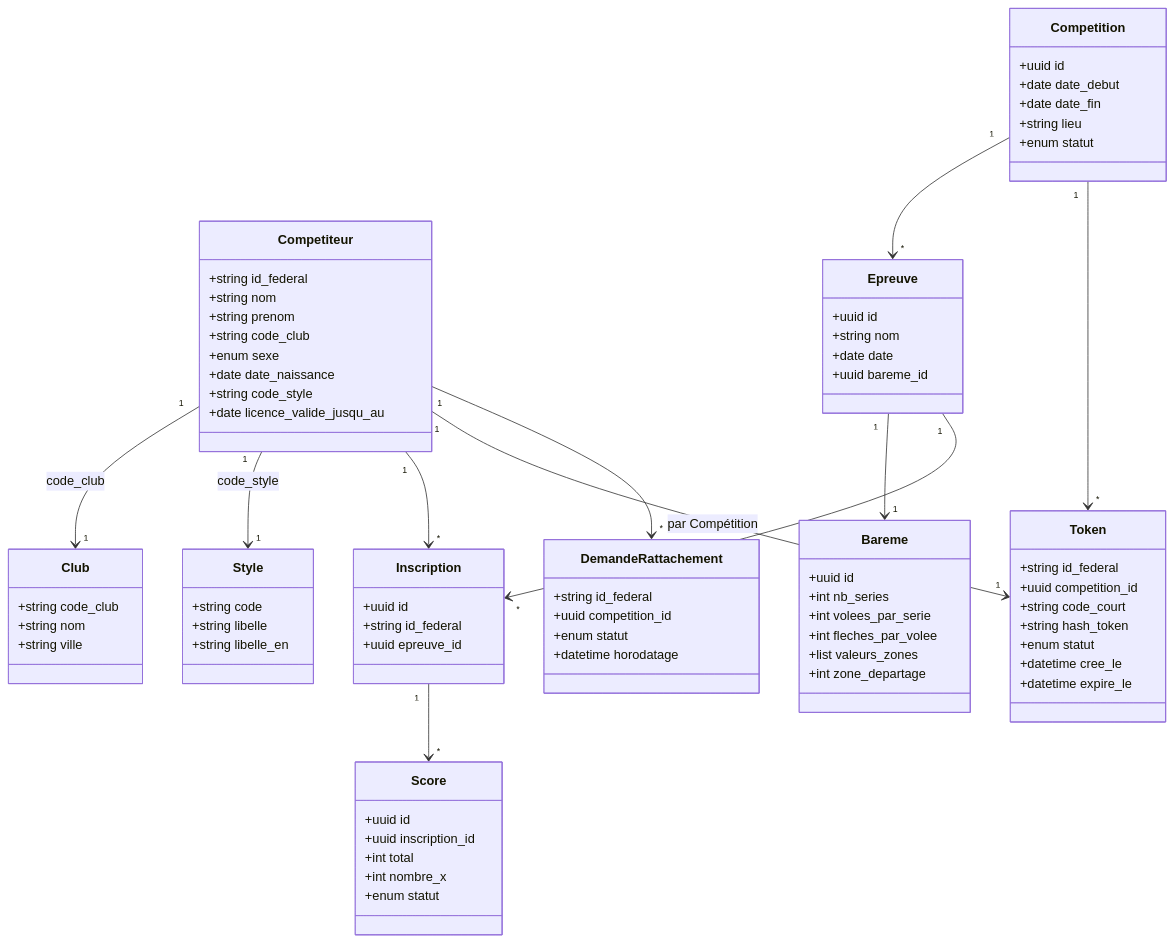
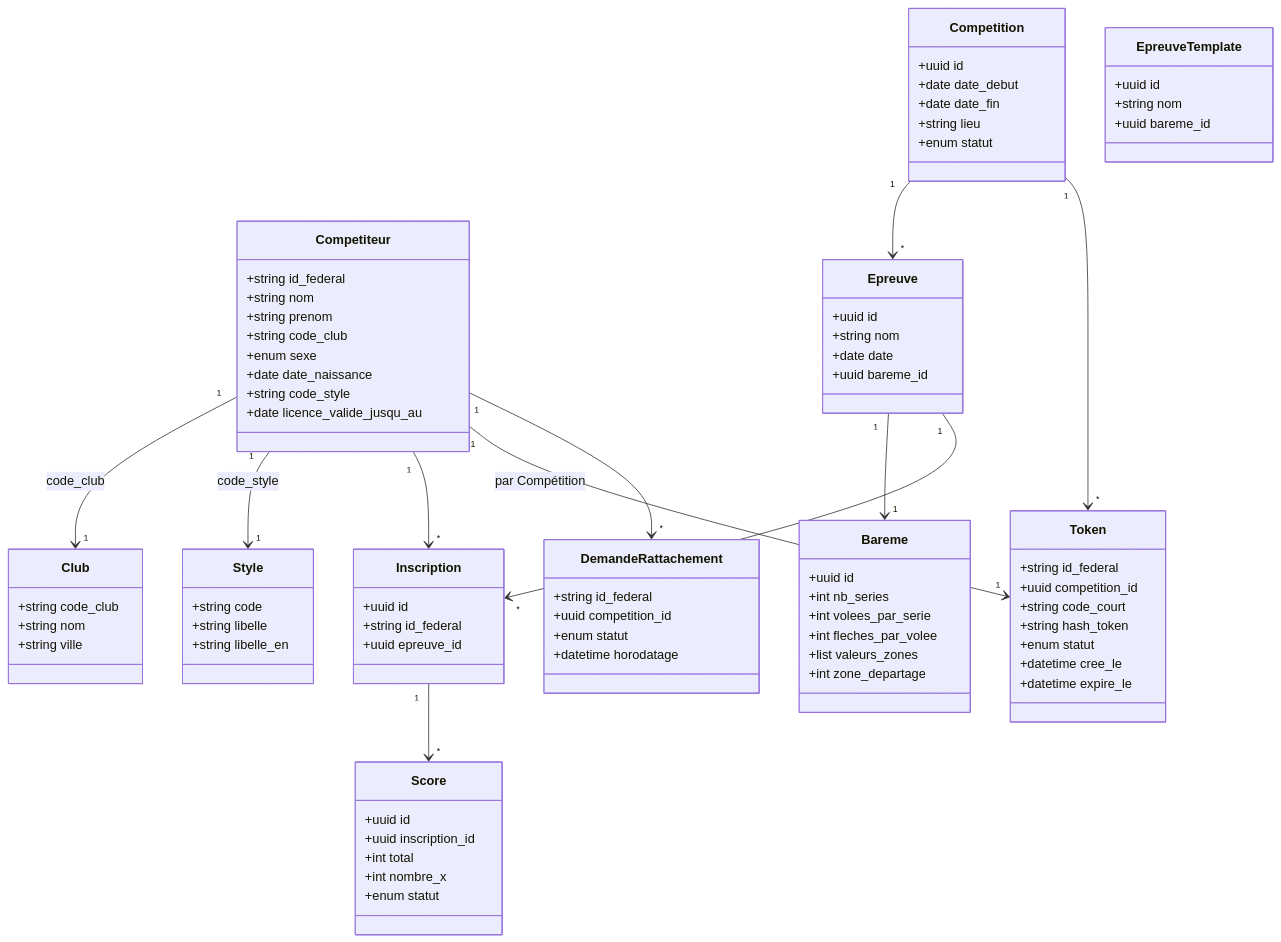
Before and after one commit to MrFanghoDev/fletchscore: the second of 2 diagrams in docs/cahier-des-charges/modele-donnees.rst, drawn with Mermaid. The commit also changed other lines of this file and 10 other files, not shown here.

```diff
--- a/docs/cahier-des-charges/modele-donnees.rst
+++ b/docs/cahier-des-charges/modele-donnees.rst
@@ -68,6 +68,11 @@
            +uuid id
            +string nom
            +date date
+           +uuid bareme_id
+       }
+       class EpreuveTemplate {
+           +uuid id
+           +string nom
            +uuid bareme_id
        }
        class Bareme {
```
